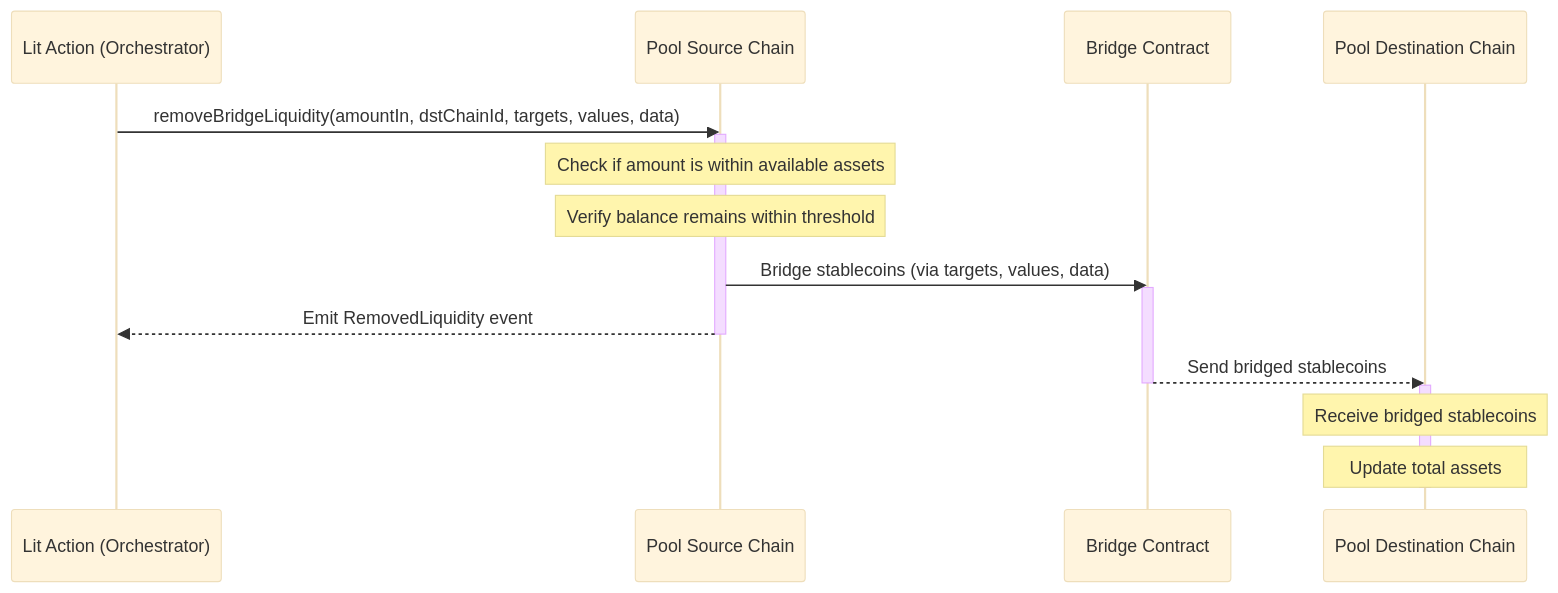
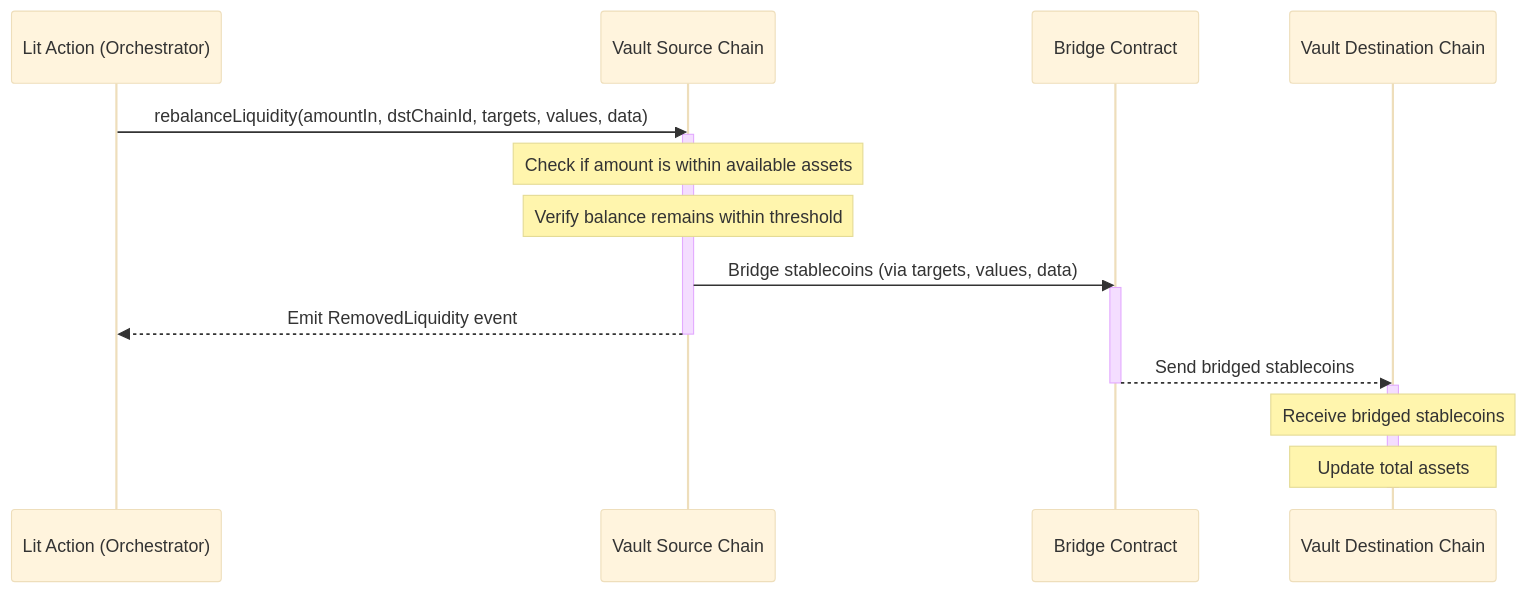
Before and after one commit to Genius-Foundation/genius-contracts: the diagram in docs/diagrams/RebalancingFlow.md, drawn with Mermaid (base theme). The commit also changed 10 other files, not shown here.

````diff
--- a/docs/diagrams/RebalancingFlow.md
+++ b/docs/diagrams/RebalancingFlow.md
@@ -1,23 +1,23 @@
 ```mermaid
 sequenceDiagram
     participant Orchestrator as Lit Action (Orchestrator)
-    participant Pool_Source as Pool Source Chain
+    participant Vault_Source as Vault Source Chain
     participant Bridge as Bridge Contract
-    participant Pool_Dest as Pool Destination Chain
+    participant Vault_Dest as Vault Destination Chain
 
-    Orchestrator->>Pool_Source: removeBridgeLiquidity(amountIn, dstChainId, targets, values, data)
-    activate Pool_Source
-    Note over Pool_Source: Check if amount is within available assets
-    Note over Pool_Source: Verify balance remains within threshold
-    Pool_Source->>Bridge: Bridge stablecoins (via targets, values, data)
+    Orchestrator->>Vault_Source: rebalanceLiquidity(amountIn, dstChainId, targets, values, data)
+    activate Vault_Source
+    Note over Vault_Source: Check if amount is within available assets
+    Note over Vault_Source: Verify balance remains within threshold
+    Vault_Source->>Bridge: Bridge stablecoins (via targets, values, data)
     activate Bridge
-    Pool_Source-->>Orchestrator: Emit RemovedLiquidity event
-    deactivate Pool_Source
+    Vault_Source-->>Orchestrator: Emit RemovedLiquidity event
+    deactivate Vault_Source
 
-    Bridge-->>Pool_Dest: Send bridged stablecoins
+    Bridge-->>Vault_Dest: Send bridged stablecoins
     deactivate Bridge
-    activate Pool_Dest
-    Note over Pool_Dest: Receive bridged stablecoins
-    Note over Pool_Dest: Update total assets
-    deactivate Pool_Dest
+    activate Vault_Dest
+    Note over Vault_Dest: Receive bridged stablecoins
+    Note over Vault_Dest: Update total assets
+    deactivate Vault_Dest
 ```
````
